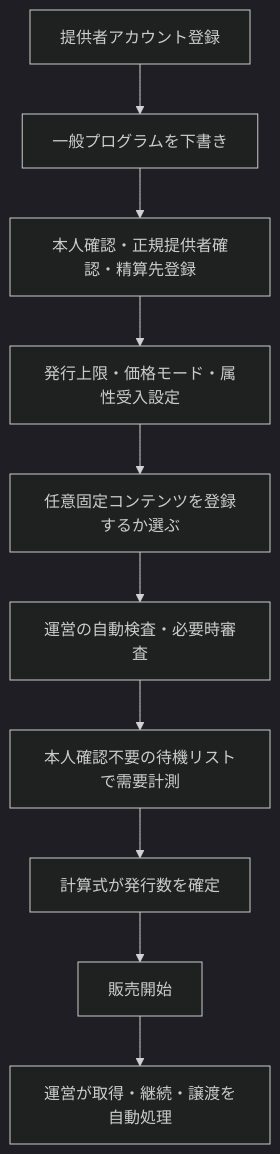
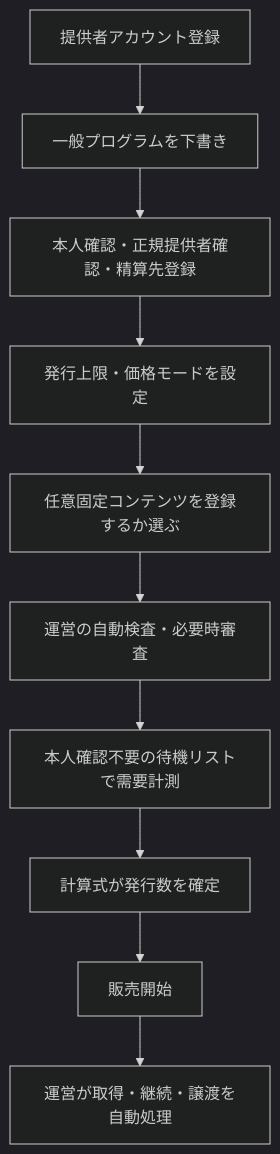
Before and after one commit to odokura/odokura-hp: the diagram in docs/apps/XXGGLL/concept/general/creator-general.md, drawn with Mermaid (dark theme). The commit also changed other lines of this file and 41 other files, not shown here.

````diff
--- a/docs/apps/XXGGLL/concept/general/creator-general.md
+++ b/docs/apps/XXGGLL/concept/general/creator-general.md
@@ -23,12 +23,12 @@
 ```mermaid
 flowchart TB
     register[提供者アカウント登録] --> draft[一般プログラムを下書き]
     draft --> verify[本人確認・正規提供者確認・精算先登録]
-    verify --> setup[発行上限・価格モード・属性受入設定]
+    verify --> setup[発行上限・価格モードを設定]
     setup --> optional[任意固定コンテンツを登録するか選ぶ]
     optional --> review[運営の自動検査・必要時審査]
     review --> demand[本人確認不要の待機リストで需要計測]
     demand --> issue[計算式が発行数を確定]
     issue --> publish[販売開始]
     publish --> operate[運営が取得・継続・譲渡を自動処理]
 ```
````
